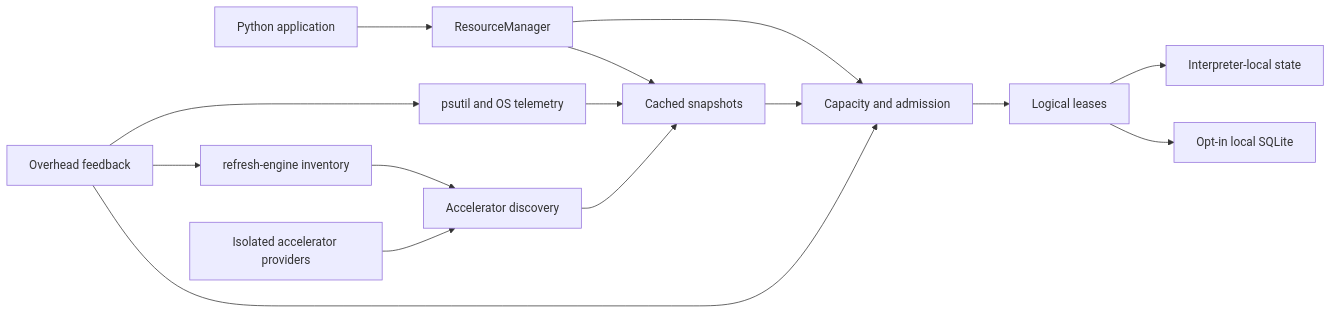
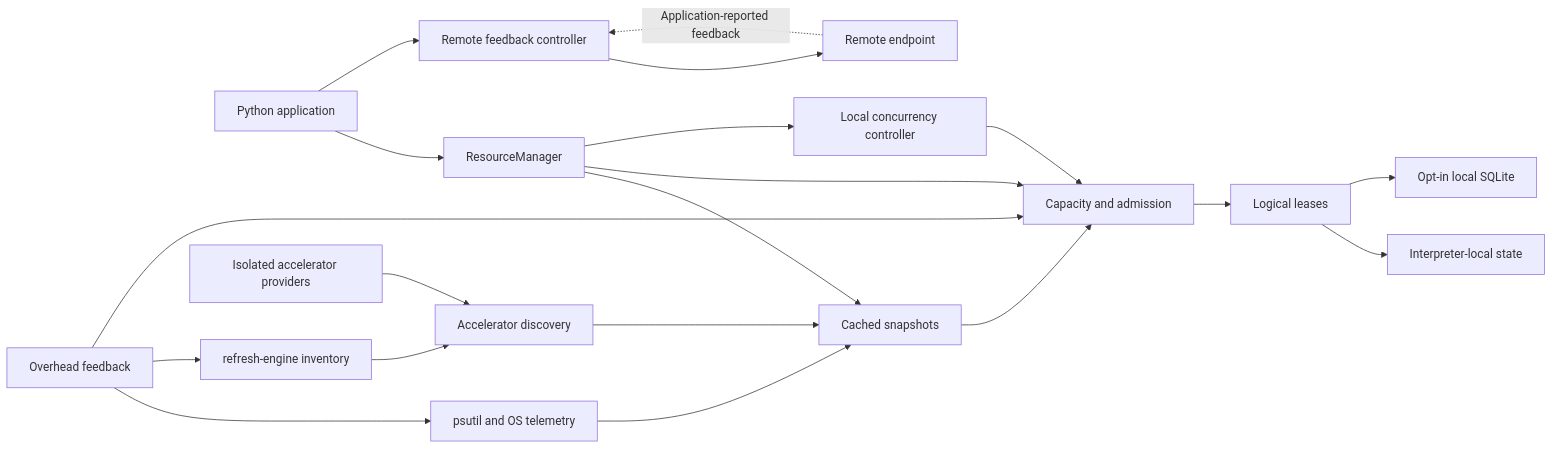
Before and after one commit to smuniharish/resourcera: the diagram in diagrams/overall-architecture.mmd, drawn with Mermaid. The commit also changed 35 other files, not shown here.

First line of the commit message:
feat: harden admission, add remote concurrency, refresh dependencies (0.3.0)

```diff
--- a/diagrams/overall-architecture.mmd
+++ b/diagrams/overall-architecture.mmd
@@ -1,15 +1,20 @@
 flowchart LR
     app["Python application"] --> api["ResourceManager"]
     api --> snapshots["Cached snapshots"]
     api --> capacity["Capacity and admission"]
+    api --> controller["Local concurrency controller"]
+    controller --> capacity
+    app --> remote["Remote feedback controller"]
+    remote --> endpoint["Remote endpoint"]
+    endpoint -. "Application-reported feedback" .-> remote
     snapshots --> capacity
     telemetry["psutil and OS telemetry"] --> snapshots
     inventory["refresh-engine inventory"] --> accelerators["Accelerator discovery"]
     providers["Isolated accelerator providers"] --> accelerators
     accelerators --> snapshots
     capacity --> leases["Logical leases"]
     leases --> local["Interpreter-local state"]
     leases --> sqlite["Opt-in local SQLite"]
     overhead["Overhead feedback"] --> telemetry
     overhead --> inventory
     overhead --> capacity
```
